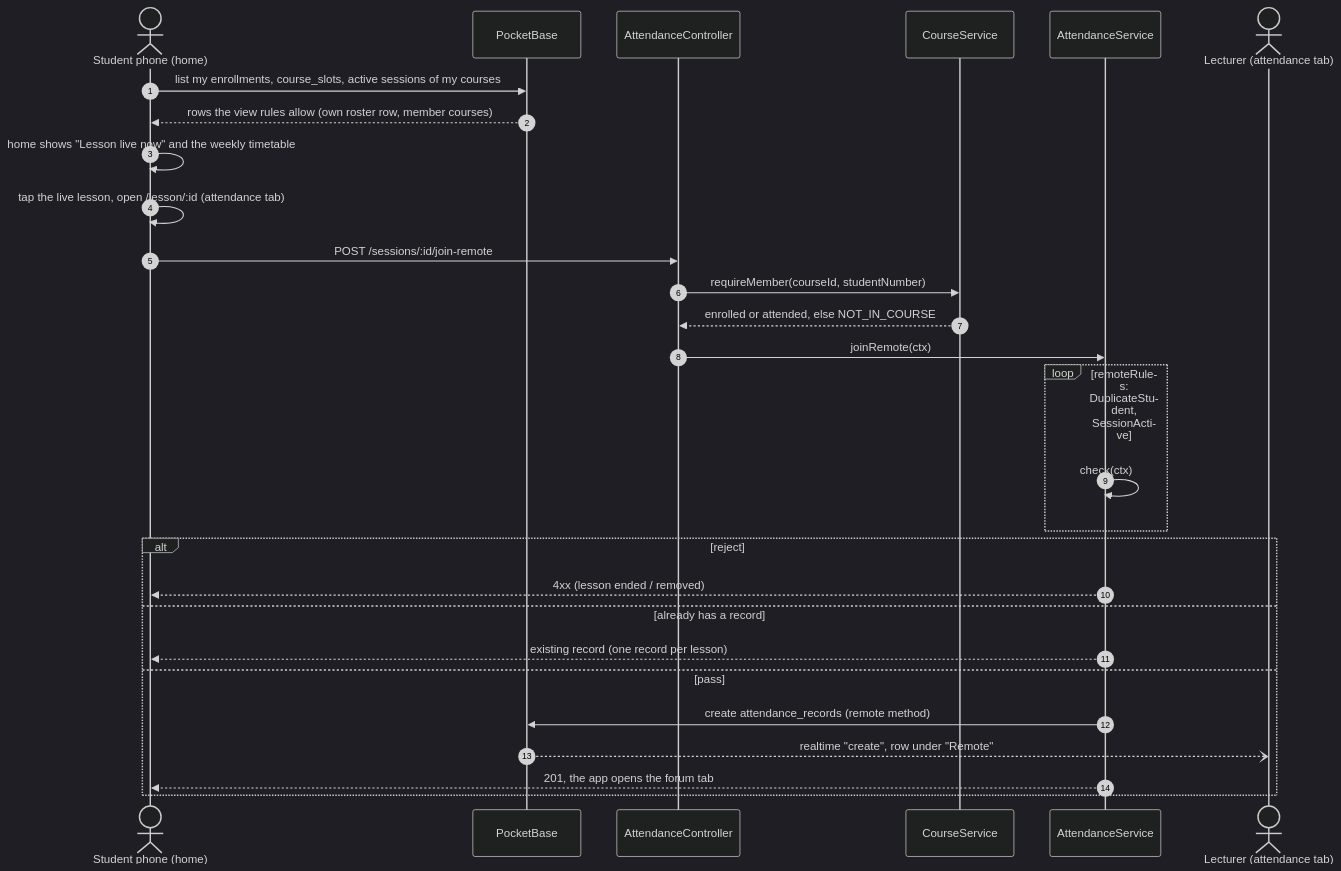
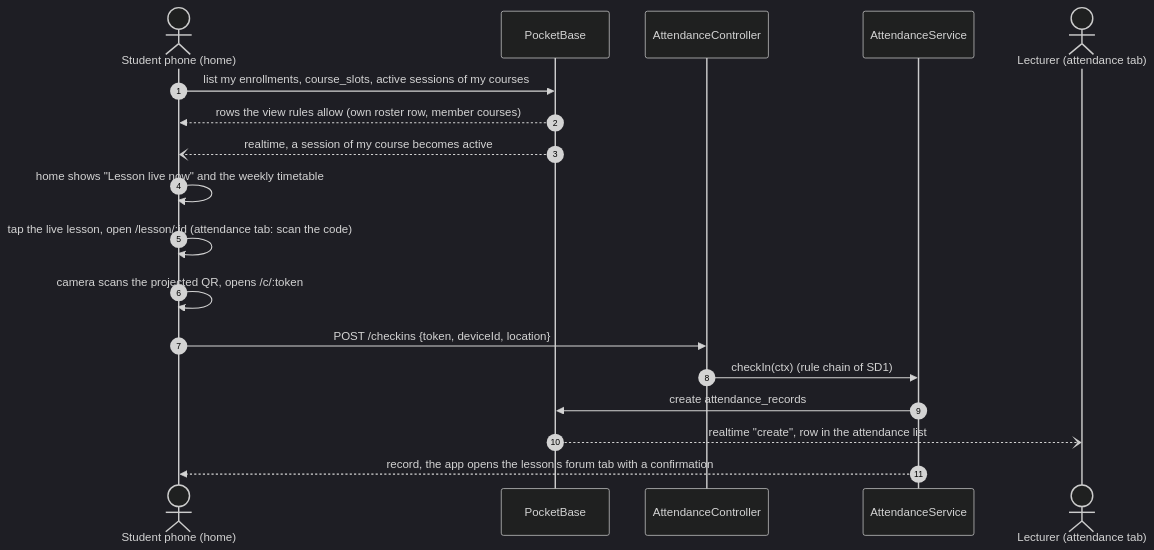
Before and after one commit to GiladApel/classpulse: the eighth of 9 diagrams in docs/07-sequence-diagrams.md, drawn with Mermaid (dark theme). The commit also changed other lines of this file, not shown here.

Commit message:
docs(edd): sequence for entering a live lesson from home

````diff
--- a/docs/07-sequence-diagrams.md
+++ b/docs/07-sequence-diagrams.md
@@ -317,31 +317,21 @@
 ```mermaid
 sequenceDiagram
   autonumber
   actor S as Student phone (home)
   participant PB as PocketBase
   participant API as AttendanceController
-  participant CS as CourseService
   participant AS as AttendanceService
   actor L as Lecturer (attendance tab)
 
   S->>PB: list my enrollments, course_slots, active sessions of my courses
   PB-->>S: rows the view rules allow (own roster row, member courses)
+  PB--)S: realtime, a session of my course becomes active
   S->>S: home shows "Lesson live now" and the weekly timetable
-  S->>S: tap the live lesson, open /lesson/:id (attendance tab)
-  S->>API: POST /sessions/:id/join-remote
-  API->>CS: requireMember(courseId, studentNumber)
-  CS-->>API: enrolled or attended, else NOT_IN_COURSE
-  API->>AS: joinRemote(ctx)
-  loop remoteRules: DuplicateStudent, SessionActive
-    AS->>AS: check(ctx)
-  end
-  alt reject
-    AS-->>S: 4xx (lesson ended / removed)
-  else already has a record
-    AS-->>S: existing record (one record per lesson)
-  else pass
-    AS->>PB: create attendance_records (remote method)
-    PB--)L: realtime "create", row under "Remote"
-    AS-->>S: 201, the app opens the forum tab
-  end
+  S->>S: tap the live lesson, open /lesson/:id (attendance tab: scan the code)
+  S->>S: camera scans the projected QR, opens /c/:token
+  S->>API: POST /checkins {token, deviceId, location}
+  API->>AS: checkIn(ctx) (rule chain of SD1)
+  AS->>PB: create attendance_records
+  PB--)L: realtime "create", row in the attendance list
+  AS-->>S: record, the app opens the lesson's forum tab with a confirmation
 ```
````
